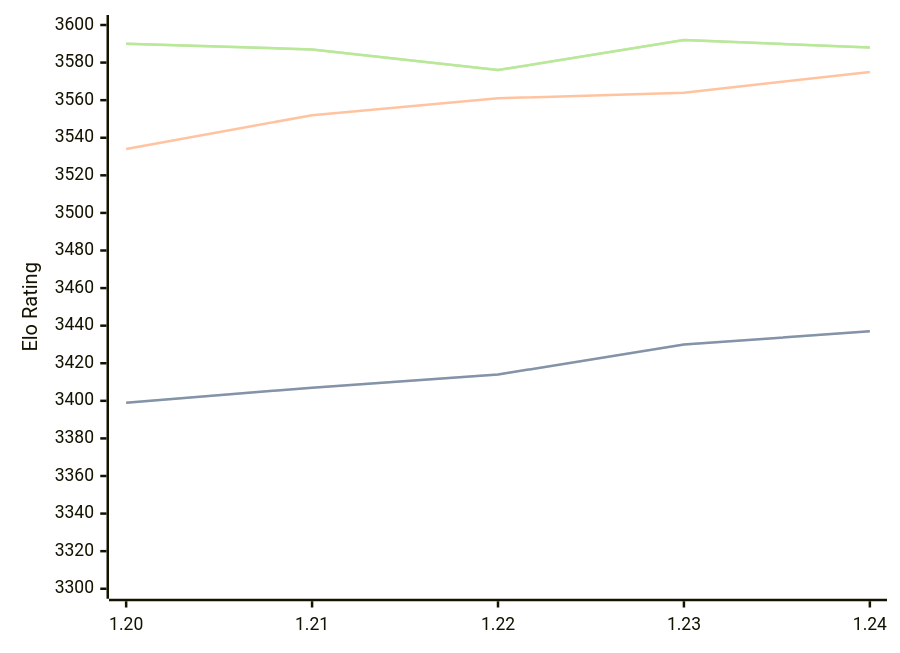
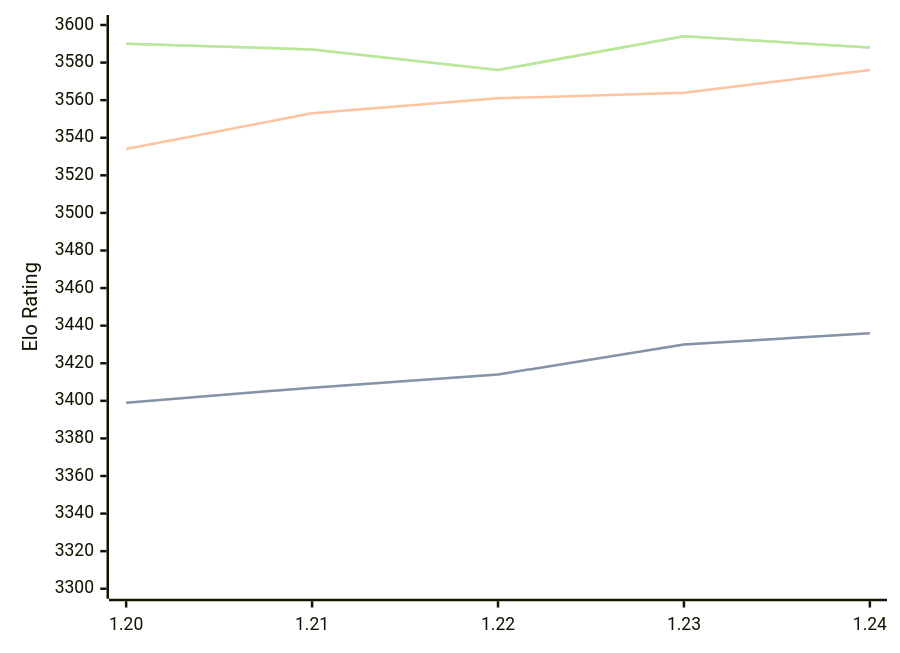
Before and after one commit to computer-chess-index/cci: the diagram in engines/Caissa.md, drawn with Mermaid. The commit also changed other lines of this file, not shown here.

Commit message:
Update CCI Ratings (ELO VLTC) - 2026-02-26

````diff
--- a/engines/Caissa.md
+++ b/engines/Caissa.md
@@ -62,11 +62,11 @@
 ```mermaid
 %%{init: {"theme":"base","themeVariables":{"seriesColors:['#a3a3a3','#222221','#faa371']}}}%%
 xychart-beta
   x-axis ["1.20", "1.21", "1.22", "1.23", "1.24"]
   y-axis "Elo Rating" 3300 --> 3600
-  line "STC (8.0+0.08s)" [3399, 3407, 3414, 3430, 3437]
-  line "STC (8.0+0.08s)" [3399, 3407, 3414, 3430, 3437]
-  line "LTC (60.0+0.60s)" [3534, 3552, 3561, 3564, 3575]
-  line "VLTC (2m24s+1.12s)" [3590, 3587, 3576, 3592, 3588]
-  line "VLTC (2m24s+1.12s)" [3590, 3587, 3576, 3592, 3588]
+  line "STC (8.0+0.08s)" [3399, 3407, 3414, 3430, 3436]
+  line "STC (8.0+0.08s)" [3399, 3407, 3414, 3430, 3436]
+  line "LTC (60.0+0.60s)" [3534, 3553, 3561, 3564, 3576]
+  line "VLTC (2m24s+1.12s)" [3590, 3587, 3576, 3594, 3588]
+  line "VLTC (2m24s+1.12s)" [3590, 3587, 3576, 3594, 3588]
 ```
````
